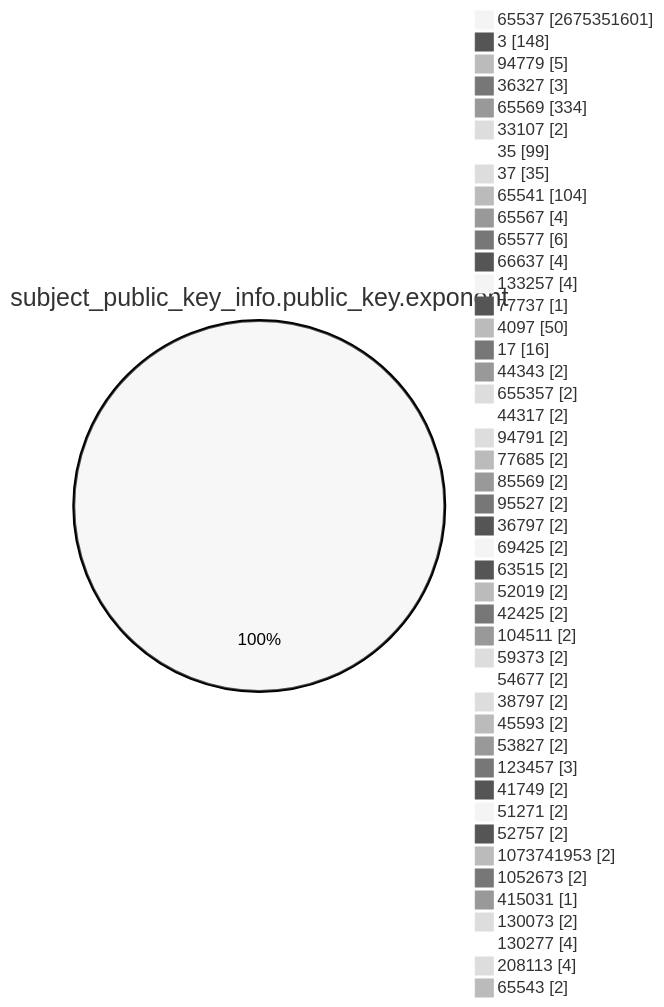
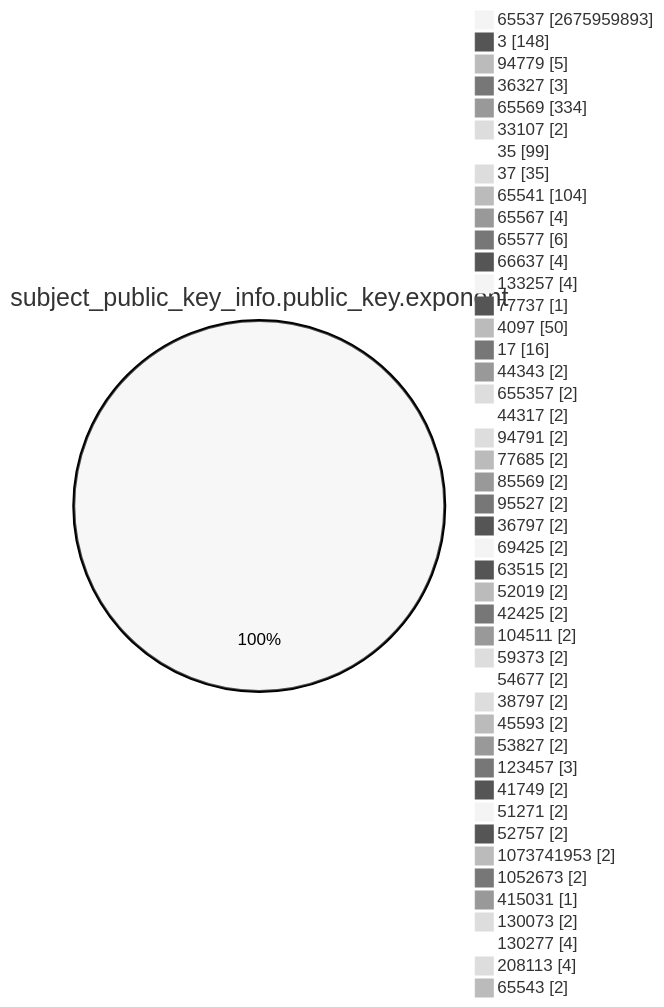
One commit to christiankrug/ctmonitor_visualization changed the fourth of 15 diagrams in TOTAL/README.md. Above: the diagram before and after it, drawn with Mermaid (neutral theme). The commit also changed other lines of this file, not shown here.

````diff
--- a/TOTAL/README.md
+++ b/TOTAL/README.md
@@ -1466,49 +1466,49 @@
 ```mermaid
 pie showData
 title subject_public_key_info.public_key.exponent
-"65537" :2675351601
+"65537" :2675959893
 "3" :148
 "94779" :5
 "36327" :3
 "65569" :334
 "33107" :2
 "35" :99
 "37" :35
 "65541" :104
 "65567" :4
 "65577" :6
 "66637" :4
 "133257" :4
 "77737" :1
 "4097" :50
 "17" :16
 "44343" :2
 "655357" :2
 "44317" :2
 "94791" :2
 "77685" :2
 "85569" :2
 "95527" :2
 "36797" :2
 "69425" :2
 "63515" :2
 "52019" :2
 "42425" :2
 "104511" :2
 "59373" :2
 "54677" :2
 "38797" :2
 "45593" :2
 "53827" :2
 "123457" :3
 "41749" :2
 "51271" :2
 "52757" :2
 "1073741953" :2
 "1052673" :2
 "415031" :1
 "130073" :2
 "130277" :4
 "208113" :4
 "65543" :2
 ```
````
